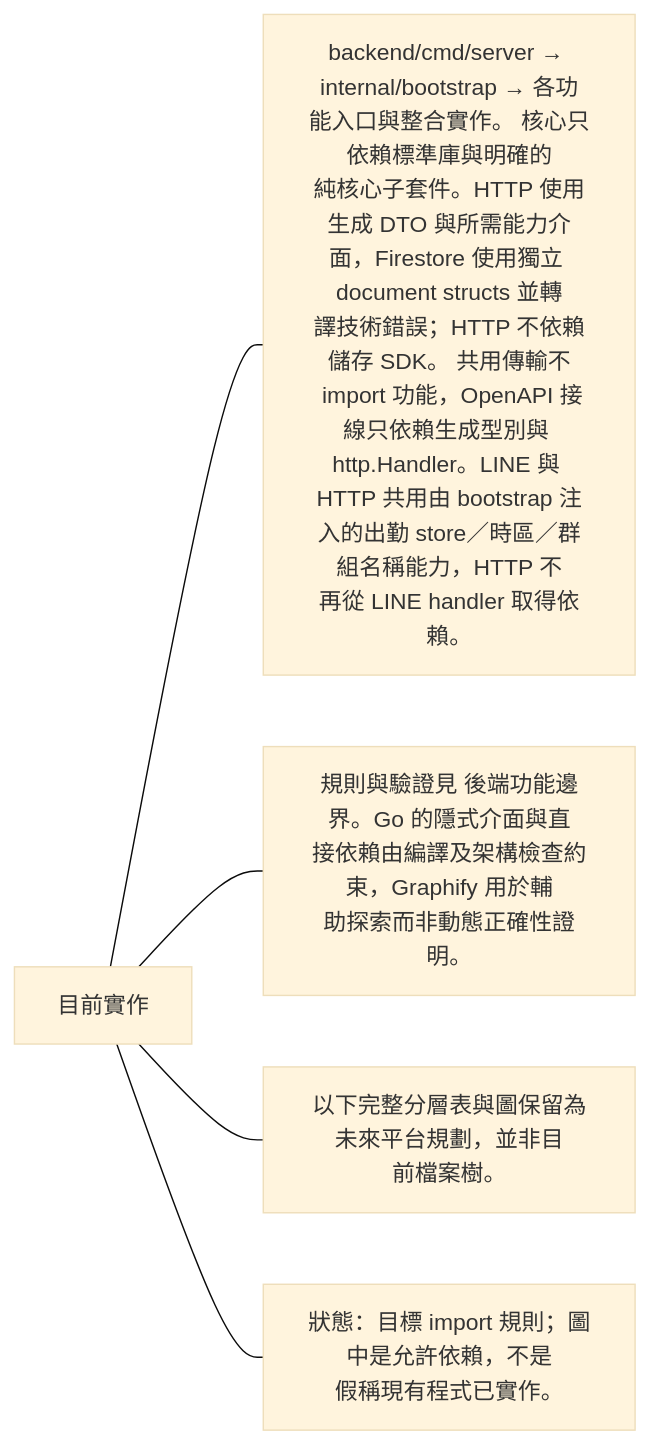
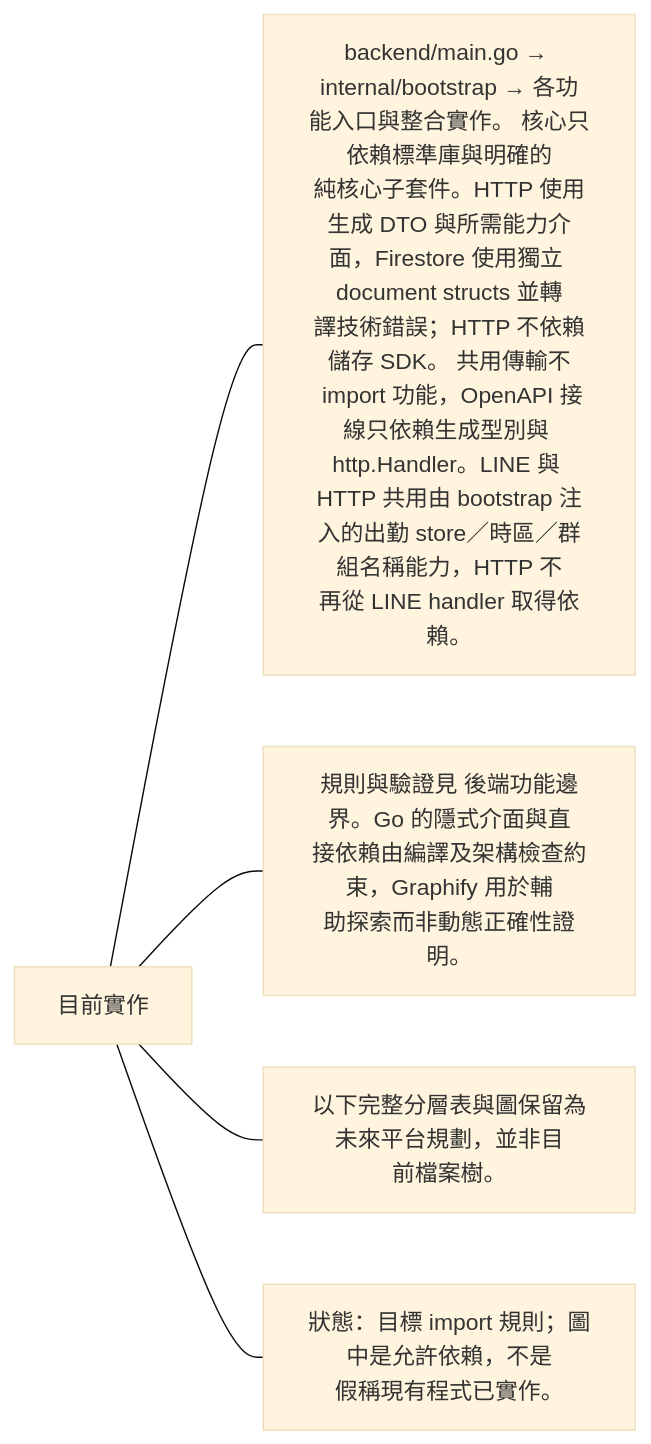
Before and after one commit to 963sup/line-mini-app-bot: the third of 8 diagrams in docs/architecture/runtime/dependencies.md, drawn with Mermaid (base theme). The commit also changed 58 other files, not shown here.

Commit message:
refactor: consolidate backend entrypoint and LINE platform capabilities (#65)

````diff
--- a/docs/architecture/runtime/dependencies.md
+++ b/docs/architecture/runtime/dependencies.md
@@ -55,9 +55,9 @@
 ```mermaid
 flowchart LR
   h["目前實作"]
-  h --- n0["backend/cmd/server → internal/bootstrap → 各功<br/>能入口與整合實作。 核心只依賴標準庫與明確的<br/>純核心子套件。HTTP 使用生成 DTO 與所需能力介<br/>面，Firestore 使用獨立 document structs 並轉<br/>譯技術錯誤；HTTP 不依賴儲存 SDK。 共用傳輸不<br/> import 功能，OpenAPI 接線只依賴生成型別與 <br/>http.Handler。LINE 與 HTTP 共用由 bootstrap 注<br/>入的出勤 store／時區／群組名稱能力，HTTP 不<br/>再從 LINE handler 取得依賴。"]
+  h --- n0["backend/main.go → internal/bootstrap → 各功<br/>能入口與整合實作。 核心只依賴標準庫與明確的<br/>純核心子套件。HTTP 使用生成 DTO 與所需能力介<br/>面，Firestore 使用獨立 document structs 並轉<br/>譯技術錯誤；HTTP 不依賴儲存 SDK。 共用傳輸不<br/> import 功能，OpenAPI 接線只依賴生成型別與 <br/>http.Handler。LINE 與 HTTP 共用由 bootstrap 注<br/>入的出勤 store／時區／群組名稱能力，HTTP 不<br/>再從 LINE handler 取得依賴。"]
   h --- n1["規則與驗證見 後端功能邊界。Go 的隱式介面與直<br/>接依賴由編譯及架構檢查約束，Graphify 用於輔<br/>助探索而非動態正確性證明。"]
   click n1 "backend-boundaries.md"
   h --- n2["以下完整分層表與圖保留為未來平台規劃，並非目<br/>前檔案樹。"]
   h --- n3["狀態：目標 import 規則；圖中是允許依賴，不是<br/>假稱現有程式已實作。"]
 ```
````
